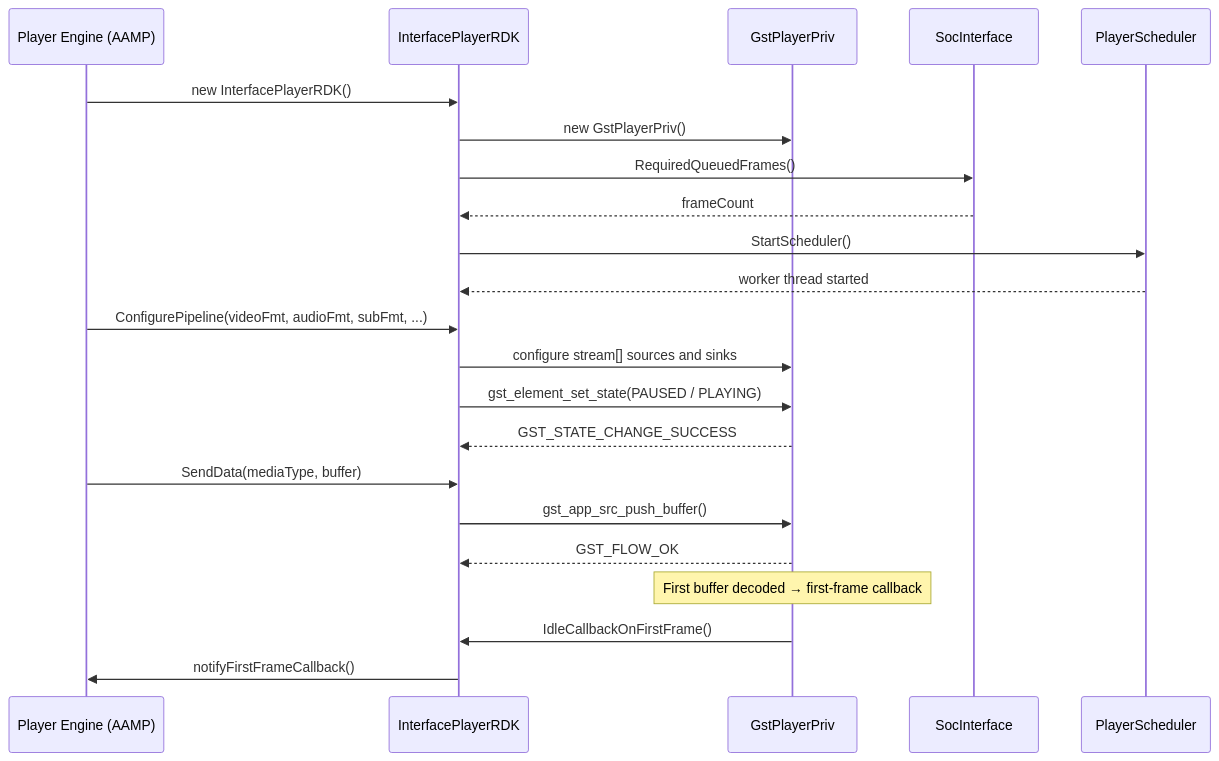
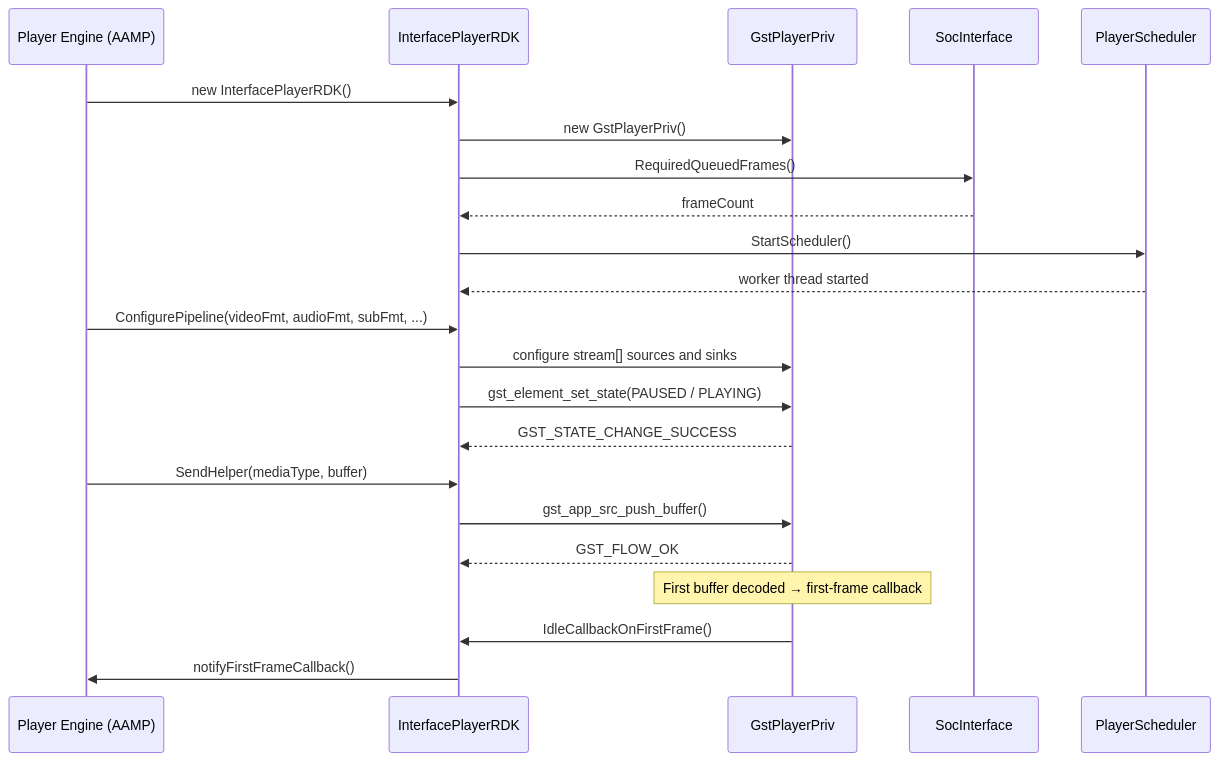
One commit to rdkcentral/middleware-player-interface changed the third of 7 diagrams in README.md. Above: the diagram before and after it, drawn with Mermaid. The commit also changed other lines of this file, not shown here.

````diff
--- a/README.md
+++ b/README.md
@@ -185,28 +185,28 @@
 ```mermaid
 sequenceDiagram
     participant Engine as Player Engine (AAMP)
     participant MPI as InterfacePlayerRDK
     participant Priv as GstPlayerPriv
     participant Soc as SocInterface
     participant Sched as PlayerScheduler
 
     Engine->>MPI: new InterfacePlayerRDK()
     MPI->>Priv: new GstPlayerPriv()
     MPI->>Soc: RequiredQueuedFrames()
     Soc-->>MPI: frameCount
     MPI->>Sched: StartScheduler()
     Sched-->>MPI: worker thread started
 
     Engine->>MPI: ConfigurePipeline(videoFmt, audioFmt, subFmt, ...)
     MPI->>Priv: configure stream[] sources and sinks
     MPI->>Priv: gst_element_set_state(PAUSED / PLAYING)
     Priv-->>MPI: GST_STATE_CHANGE_SUCCESS
 
-    Engine->>MPI: SendData(mediaType, buffer)
+    Engine->>MPI: SendHelper(mediaType, buffer)
     MPI->>Priv: gst_app_src_push_buffer()
     Priv-->>MPI: GST_FLOW_OK
 
     Note over Priv: First buffer decoded → first-frame callback
     Priv->>MPI: IdleCallbackOnFirstFrame()
     MPI->>Engine: notifyFirstFrameCallback()
 ```
````
